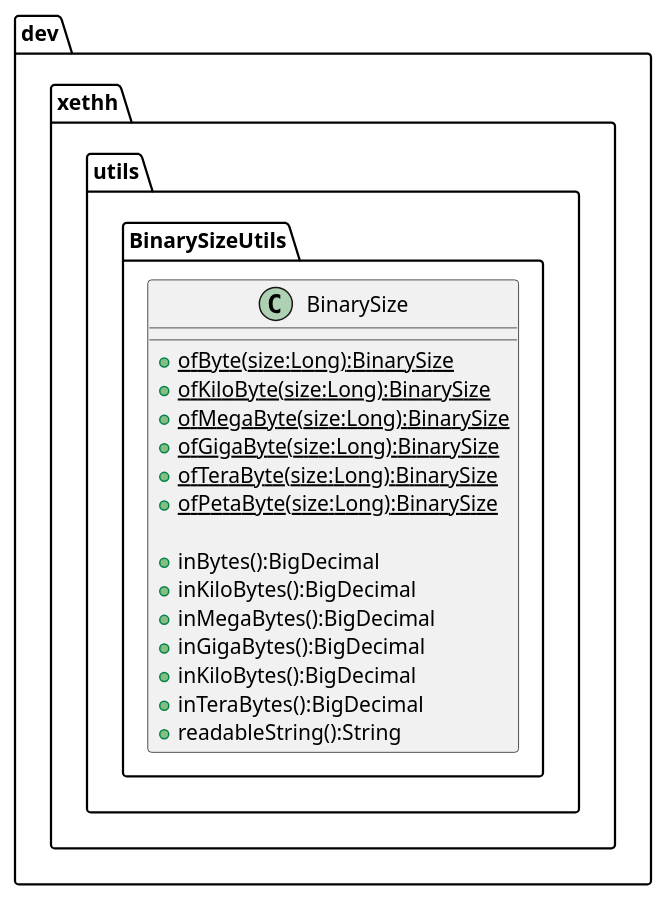
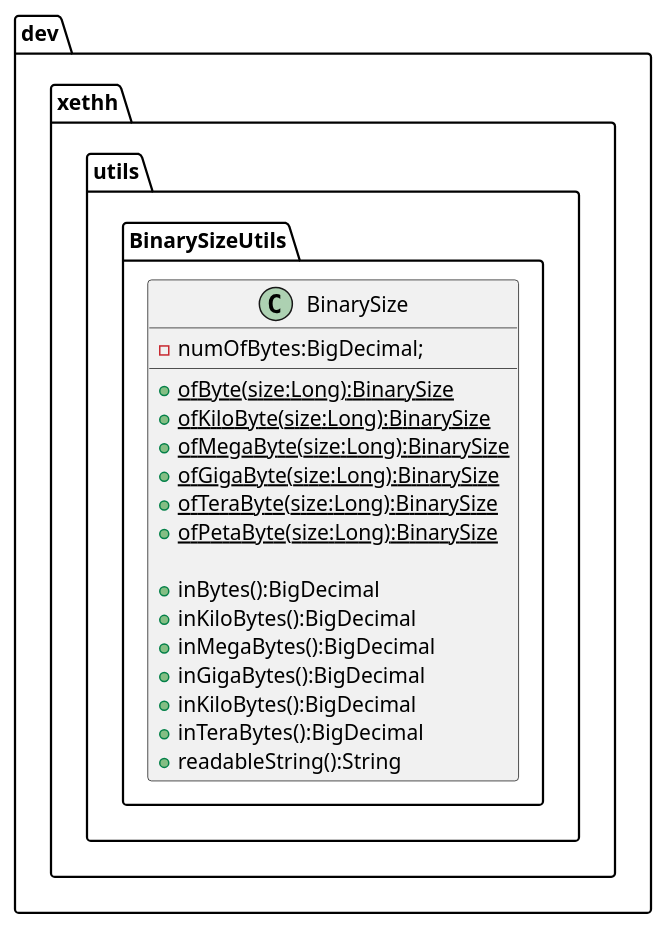
Before and after one commit to xh-dev/BinarySizeUtils: the diagram in docs/plantuml.puml, drawn with PlantUML.

```diff
--- a/docs/plantuml.puml
+++ b/docs/plantuml.puml
@@ -1,21 +1,23 @@
 @startuml
 package dev.xethh.utils.BinarySizeUtils{
 class BinarySize{
+  - numOfBytes:BigDecimal;
+
   + {static} ofByte(size:Long):BinarySize
   + {static} ofKiloByte(size:Long):BinarySize
   + {static} ofMegaByte(size:Long):BinarySize
   + {static} ofGigaByte(size:Long):BinarySize
   + {static} ofTeraByte(size:Long):BinarySize
   + {static} ofPetaByte(size:Long):BinarySize
 
   + inBytes():BigDecimal
   + inKiloBytes():BigDecimal
   + inMegaBytes():BigDecimal
   + inGigaBytes():BigDecimal
   + inKiloBytes():BigDecimal
   + inTeraBytes():BigDecimal
   + readableString():String
 }
 
 }
 @enduml
```
